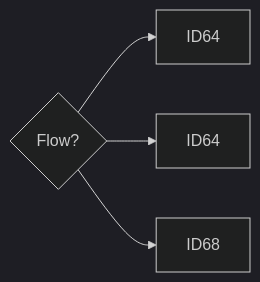
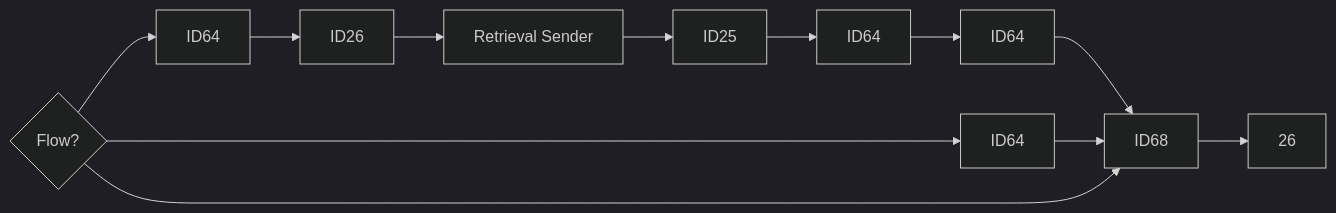
The third of 15 diagrams in Basic-Design/DFD-WMS/Retrieval/Specific-Location-Retrieval-Setting.md (luthfiadityaa/SimeDarby-Wiki), drawn with Mermaid (dark theme) before and after one commit.

Commit message:
Updated Specific Location Retrieval Setting

```diff
--- a/Basic-Design/DFD-WMS/Retrieval/Specific-Location-Retrieval-Setting.md
+++ b/Basic-Design/DFD-WMS/Retrieval/Specific-Location-Retrieval-Setting.md
@@ -18,9 +18,9 @@
 ::: mermaid
 flowchart LR
 
 Cond1{Flow?} 
 
-Cond1{Flow?}-->P5[ID64]
-Cond1{Flow?}-->P6[ID64]
-Cond1{Flow?}-->P7[ID68]
+Cond1{Flow?}-->P5[ID64]-->P8[ID26]-->P9[Retrieval Sender]-->P10[ID25]-->P11[ID64]-->P12[ID64]-->P7[ID68]
+Cond1{Flow?}-->P6[ID64]-->P7[ID68]
+Cond1{Flow?}-->P7[ID68]-->P13[26]
 :::
```
